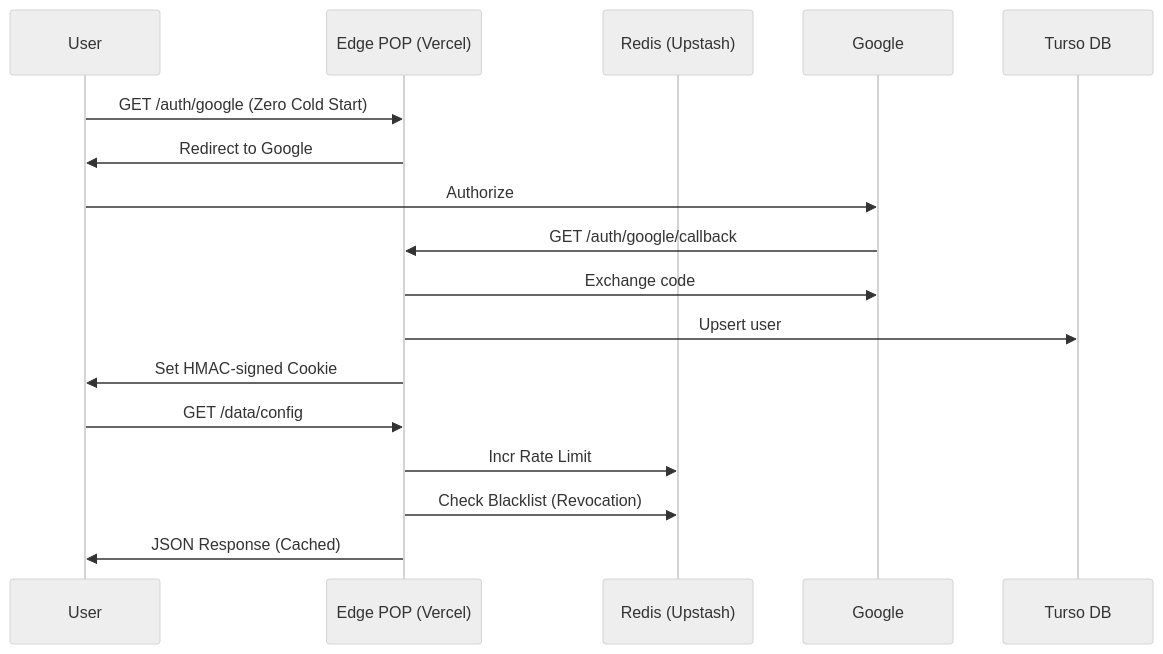
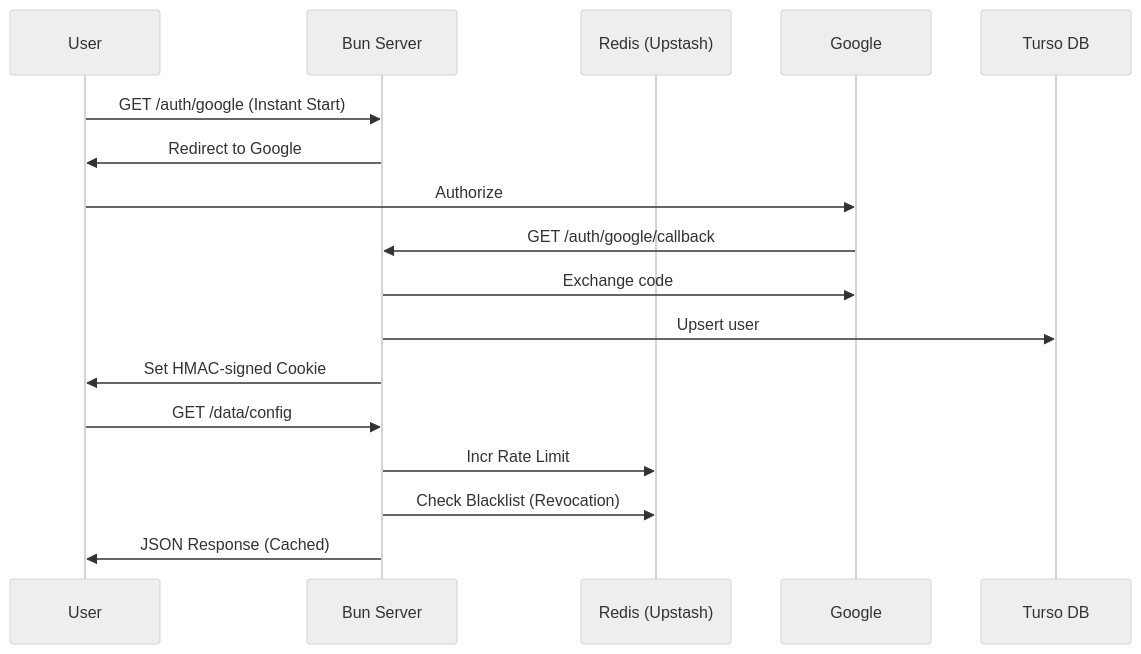
Before and after one commit to Roti18/edge-minimal-stack: the diagram in README.md, drawn with Mermaid (neutral theme). The commit also changed other lines of this file and 2 other files, not shown here.

Commit message:
docs: update all documentation to reflect migration to Bun and Upstash Redis

````diff
--- a/README.md
+++ b/README.md
@@ -105,20 +102,20 @@
 ```mermaid
 sequenceDiagram
     participant User
-    participant Edge POP (Vercel)
+    participant Bun Server
     participant Redis (Upstash)
     participant Google
     participant Turso DB
 
-    User->>Edge POP (Vercel): GET /auth/google (Zero Cold Start)
-    Edge POP (Vercel)->>User: Redirect to Google
+    User->>Bun Server: GET /auth/google (Instant Start)
+    Bun Server->>User: Redirect to Google
     User->>Google: Authorize
-    Google->>Edge POP (Vercel): GET /auth/google/callback
-    Edge POP (Vercel)->>Google: Exchange code
-    Edge POP (Vercel)->>Turso DB: Upsert user
-    Edge POP (Vercel)->>User: Set HMAC-signed Cookie
-    User->>Edge POP (Vercel): GET /data/config
-    Edge POP (Vercel)->>Redis (Upstash): Incr Rate Limit
-    Edge POP (Vercel)->>Redis (Upstash): Check Blacklist (Revocation)
-    Edge POP (Vercel)->>User: JSON Response (Cached)
+    Google->>Bun Server: GET /auth/google/callback
+    Bun Server->>Google: Exchange code
+    Bun Server->>Turso DB: Upsert user
+    Bun Server->>User: Set HMAC-signed Cookie
+    User->>Bun Server: GET /data/config
+    Bun Server->>Redis (Upstash): Incr Rate Limit
+    Bun Server->>Redis (Upstash): Check Blacklist (Revocation)
+    Bun Server->>User: JSON Response (Cached)
 ```
````
